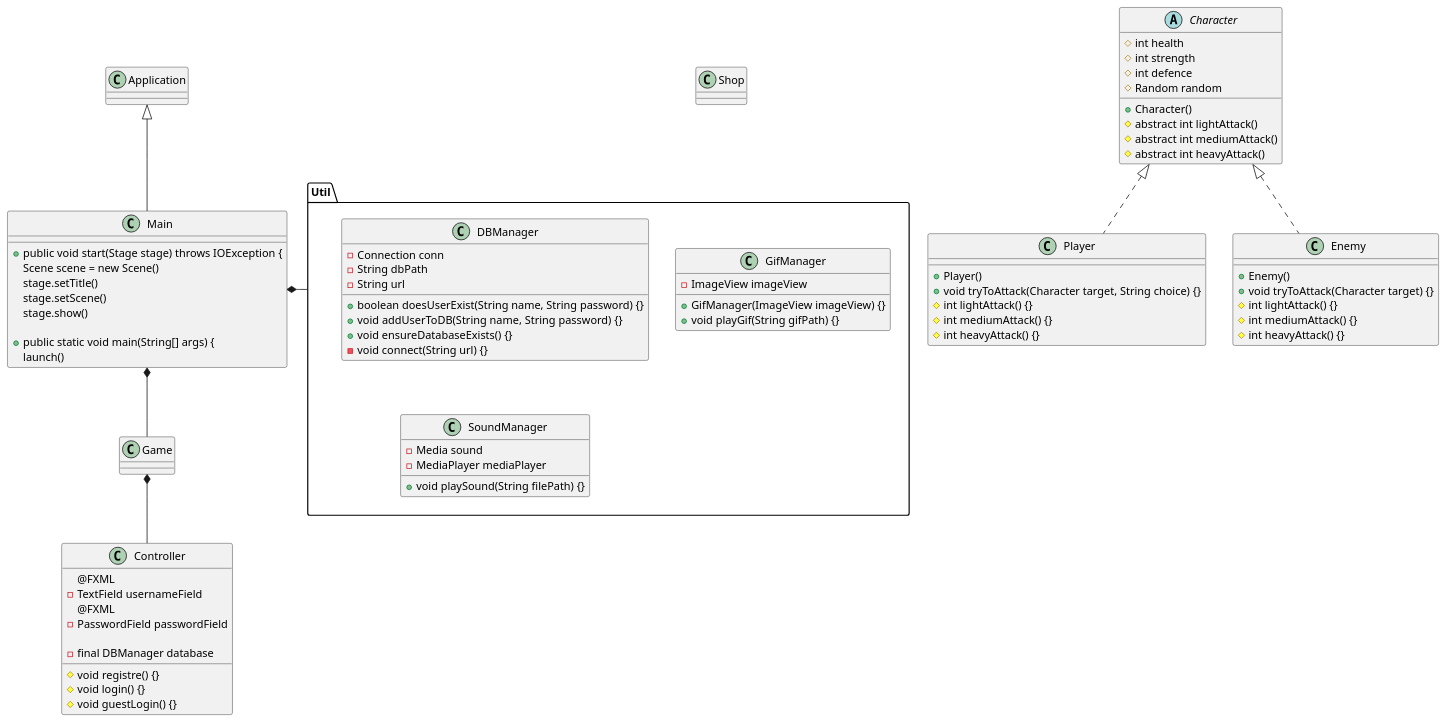
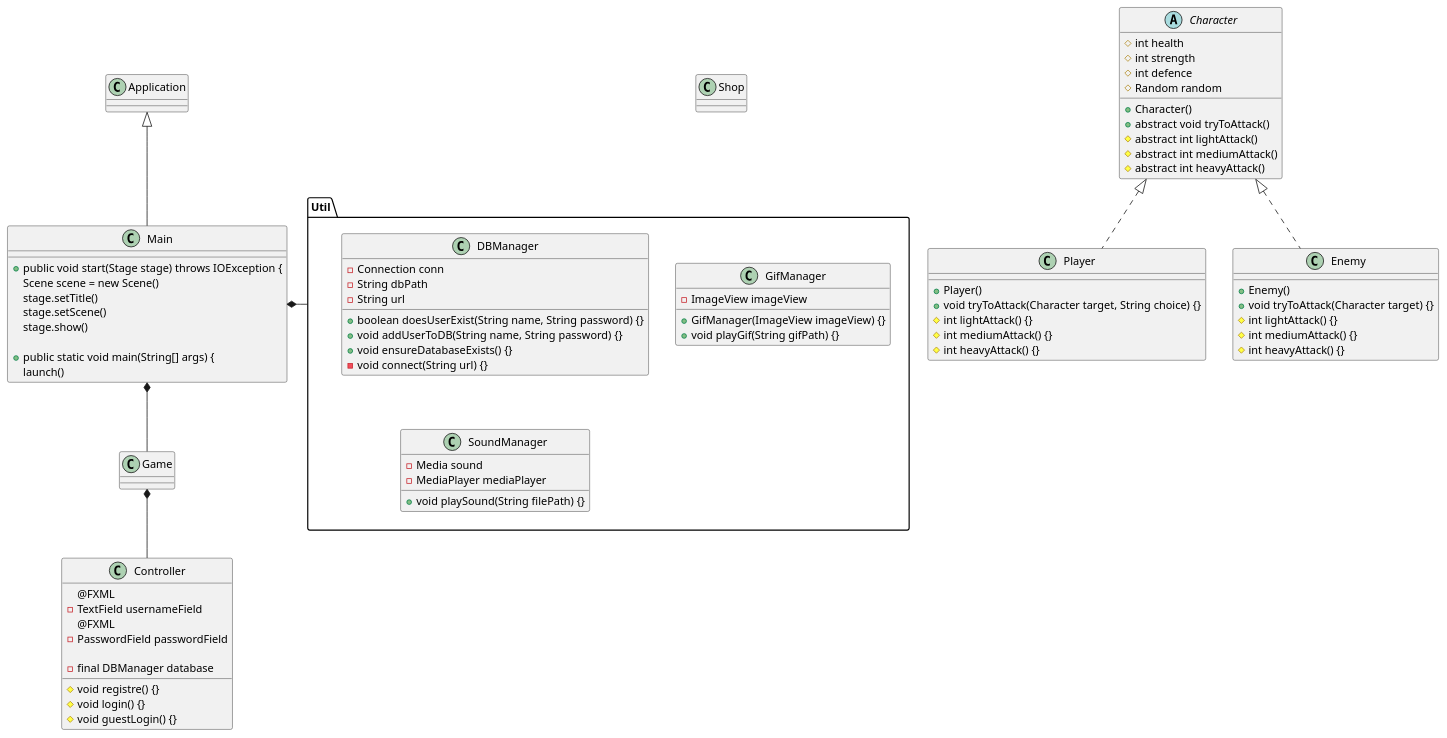
The diagram in MaendDerSlaes/data/plantUML/ClassDiagram.puml (olivermjmj/Maend-der-slaes), drawn with PlantUML before and after one commit. The commit also changed 7 other files, not shown here.

```diff
--- a/MaendDerSlaes/data/plantUML/ClassDiagram.puml
+++ b/MaendDerSlaes/data/plantUML/ClassDiagram.puml
@@ -1,91 +1,92 @@
 @startuml
 'https://plantuml.com/class-diagram
 
 class Main extends Application {
 
 + public void start(Stage stage) throws IOException {
 Scene scene = new Scene()
 stage.setTitle()
 stage.setScene()
 stage.show()
 
 + public static void main(String[] args) {
 launch()
 }
 
 Class Game {
 
 }
 
 Class Controller {
 @FXML
 - TextField usernameField
 @FXML
 - PasswordField passwordField
 
 - final DBManager database
 # void registre() {}
 # void login() {}
 # void guestLogin() {}
 }
 
 Class Shop {
 
 }
 
 abstract Class Character {
 # int health
 # int strength
 # int defence
 # Random random
 + Character()
++ abstract void tryToAttack()
 # abstract int lightAttack()
 # abstract int mediumAttack()
 # abstract int heavyAttack()
 }
 
 Class Player implements Character{
 + Player()
 + void tryToAttack(Character target, String choice) {}
 # int lightAttack() {}
 # int mediumAttack() {}
 # int heavyAttack() {}
 }
 
 Class Enemy implements Character {
 + Enemy()
 + void tryToAttack(Character target) {}
 # int lightAttack() {}
 # int mediumAttack() {}
 # int heavyAttack() {}
 }
 
 package "Util" {
 Class DBManager {
 - Connection conn
 - String dbPath
 - String url
 
 + boolean doesUserExist(String name, String password) {}
 + void addUserToDB(String name, String password) {}
 + void ensureDatabaseExists() {}
 - void connect(String url) {}
 }
 
 Class GifManager {
 - ImageView imageView
 + GifManager(ImageView imageView) {}
 + void playGif(String gifPath) {}
 }
 
 Class SoundManager {
 - Media sound
 - MediaPlayer mediaPlayer
 + void playSound(String filePath) {}
 }
 }
 
 Main *- "Util"
 Main *-- "Game"
 Game *-- "Controller"
 @enduml
```
